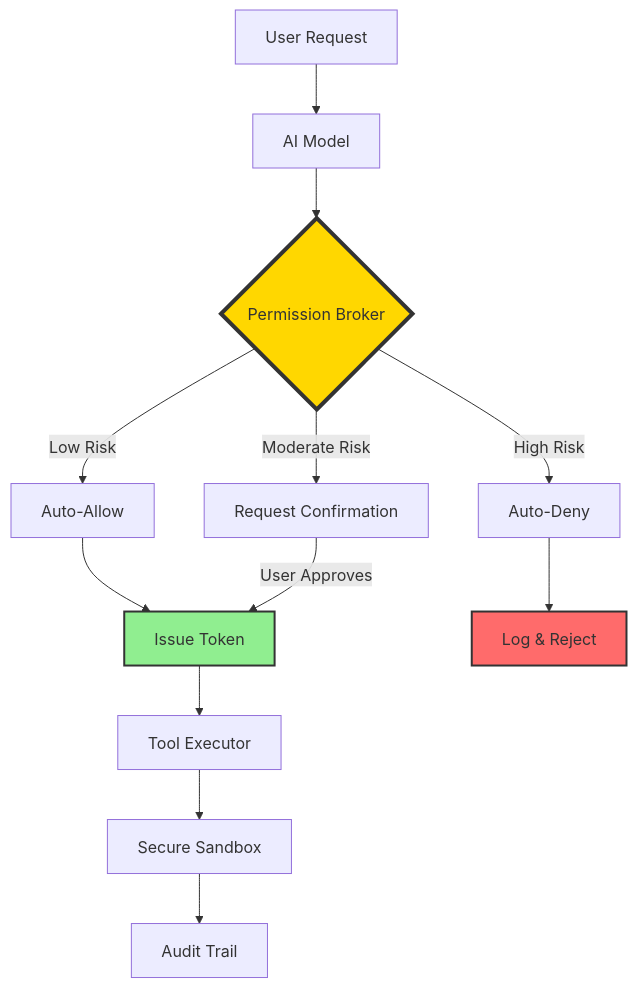
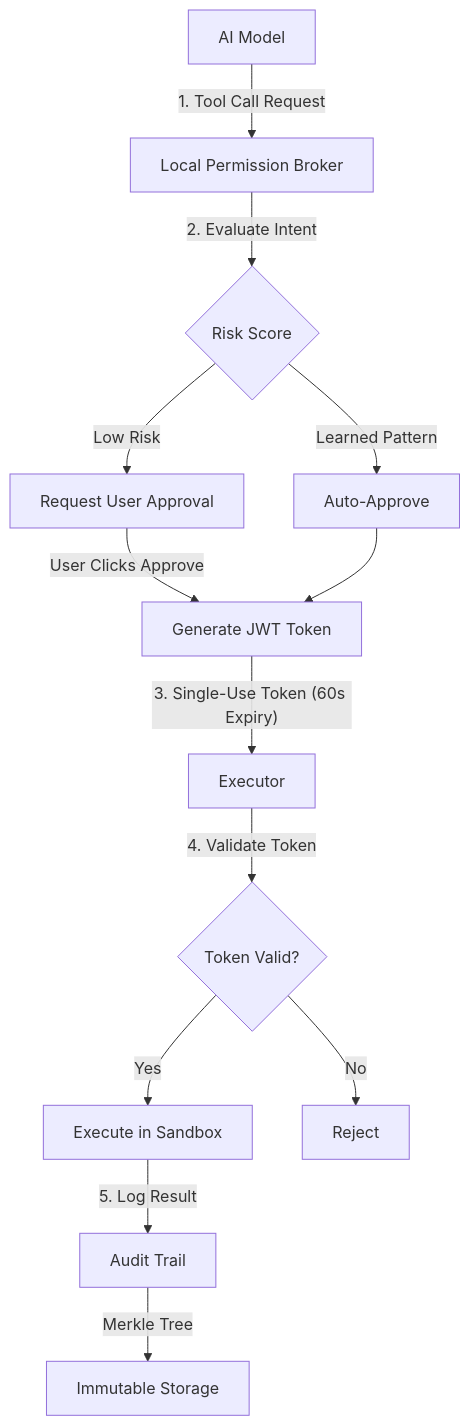
Before and after one commit to anandkrshnn/local-agent: the first of 2 diagrams in README.md, drawn with Mermaid. The commit also changed other lines of this file and 48 other files, not shown here.

````diff
--- a/README.md
+++ b/README.md
@@ -46,18 +51,15 @@
 ```mermaid
 graph TD
-    A[User Request] --> B[AI Model]
-    B --> C{Permission Broker}
-    C -->|Low Risk| D[Auto-Allow]
-    C -->|Moderate Risk| E[Request Confirmation]
-    C -->|High Risk| F[Auto-Deny]
-    D --> G[Issue Token]
-    E -->|User Approves| G
-    F --> H[Log & Reject]
-    G --> I[Tool Executor]
-    I --> J[Secure Sandbox]
-    J --> K[Audit Trail]
-    
-    style C fill:#ffd700,stroke:#333,stroke-width:4px
-    style G fill:#90ee90,stroke:#333,stroke-width:2px
-    style H fill:#ff6b6b,stroke:#333,stroke-width:2px
+    A["AI Model"] -->|"1. Tool Call Request"| B["Local Permission Broker"]
+    B -->|"2. Evaluate Intent"| C{"Risk Score"}
+    C -->|"Low Risk"| D["Request User Approval"]
+    C -->|"Learned Pattern"| E["Auto-Approve"]
+    D -->|"User Clicks Approve"| F["Generate JWT Token"]
+    E --> F
+    F -->|"3. Single-Use Token (60s Expiry)"| G["Executor"]
+    G -->|"4. Validate Token"| H{"Token Valid?"}
+    H -->|"Yes"| I["Execute in Sandbox"]
+    H -->|"No"| J["Reject"]
+    I -->|"5. Log Result"| K["Audit Trail"]
+    K -->|"Merkle Tree"| L["Immutable Storage"]
 ```
````
